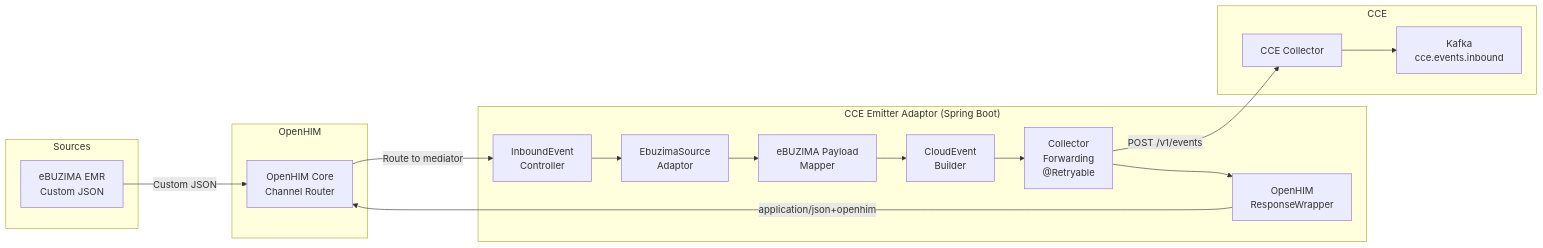
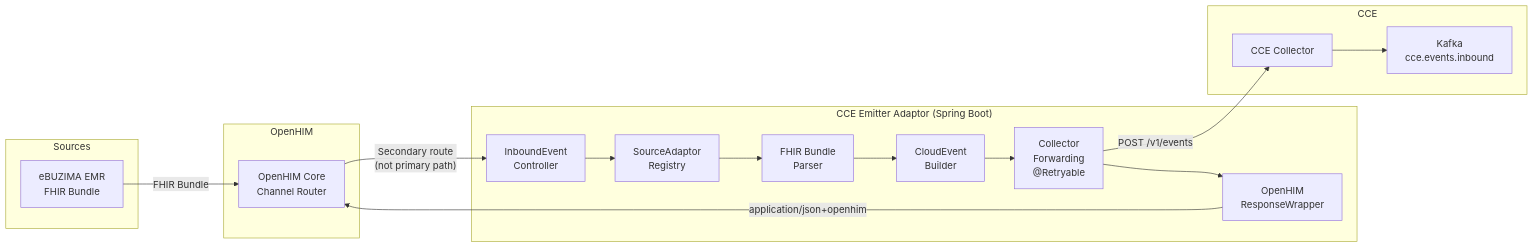
One commit to Jayaprakash8887/openhim-cce-emitter-adaptor changed the first of 8 diagrams in docs/flow-diagrams.md. Above: the diagram before and after it, drawn with Mermaid. The commit also changed other lines of this file and 5 other files, not shown here.

First line of the commit message:
Address PR feedback: FHIR Bundle input, generic endpoint, no mapping

````diff
--- a/docs/flow-diagrams.md
+++ b/docs/flow-diagrams.md
@@ -7,37 +7,37 @@
 ```mermaid
 flowchart LR
     subgraph Sources
-        EBZ[eBUZIMA EMR<br/>Custom JSON]
+        EBZ[eBUZIMA EMR<br/>FHIR Bundle]
     end
 
     subgraph OpenHIM
         OHC[OpenHIM Core<br/>Channel Router]
     end
 
     subgraph "CCE Emitter Adaptor (Spring Boot)"
         CTRL[InboundEvent<br/>Controller]
-        SA[EbuzimaSource<br/>Adaptor]
-        MAPPER[eBUZIMA Payload<br/>Mapper]
+        SA[SourceAdaptor<br/>Registry]
+        PARSE[FHIR Bundle<br/>Parser]
         NORM[CloudEvent<br/>Builder]
         FWD["Collector<br/>Forwarding<br/>@Retryable"]
         WRAP[OpenHIM<br/>ResponseWrapper]
     end
 
     subgraph CCE
         COL[CCE Collector]
         KAFKA[Kafka<br/>cce.events.inbound]
     end
 
-    EBZ -->|Custom JSON| OHC
+    EBZ -->|FHIR Bundle| OHC
 
-    OHC -->|Route to mediator| CTRL
+    OHC -->|"Secondary route<br/>(not primary path)"| CTRL
     CTRL --> SA
-    SA --> MAPPER
-    MAPPER --> NORM
+    SA --> PARSE
+    PARSE --> NORM
     NORM --> FWD
     FWD -->|POST /v1/events| COL
     COL --> KAFKA
 
     FWD --> WRAP
     WRAP -->|application/json+openhim| OHC
 ```
````
